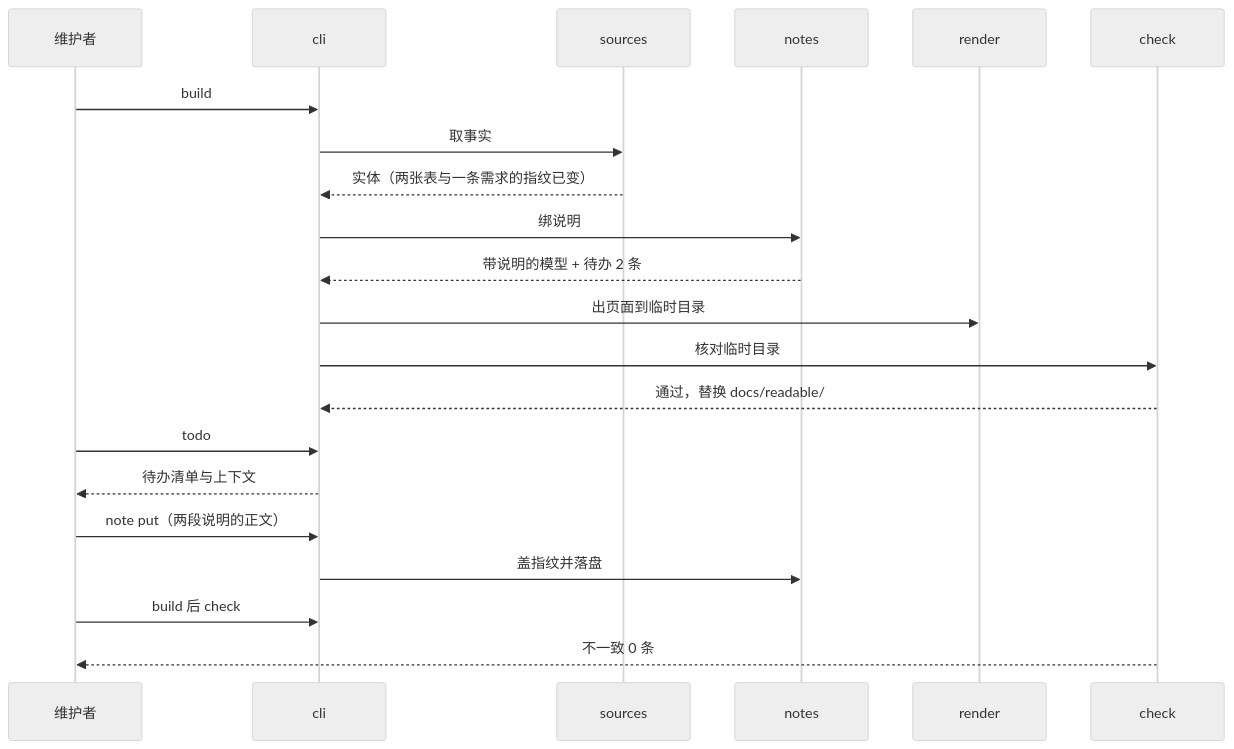
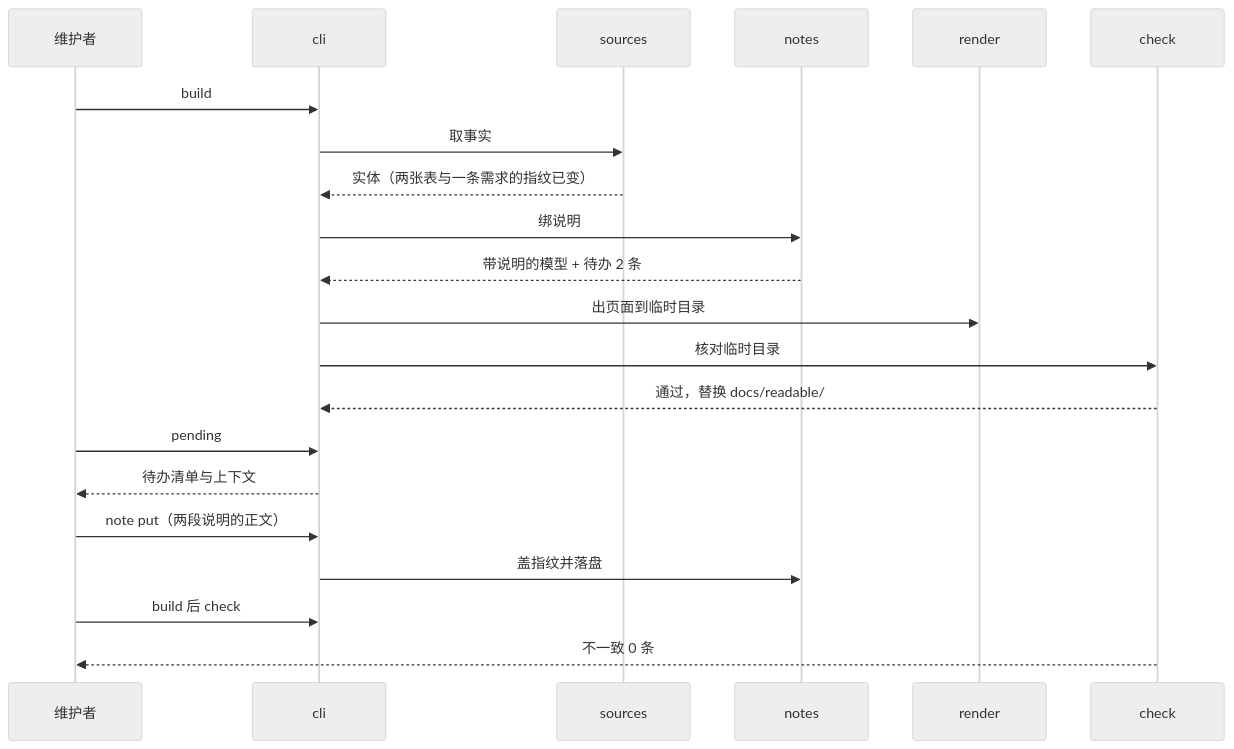
One commit to zylimit/cc-base changed the third of 3 diagrams in docs/readable-spec/Architecture-Design.md. Above: the diagram before and after it, drawn with Mermaid (neutral theme). The commit also changed other lines of this file and 16 other files, not shown here.

````diff
--- a/docs/readable-spec/Architecture-Design.md
+++ b/docs/readable-spec/Architecture-Design.md
@@ -100,23 +100,23 @@
 ```mermaid
 sequenceDiagram
   participant M as 维护者
   participant C as cli
   participant S as sources
   participant N as notes
   participant R as render
   participant K as check
   M->>C: build
   C->>S: 取事实
   S-->>C: 实体（两张表与一条需求的指纹已变）
   C->>N: 绑说明
   N-->>C: 带说明的模型 + 待办 2 条
   C->>R: 出页面到临时目录
   C->>K: 核对临时目录
   K-->>C: 通过，替换 docs/readable/
-  M->>C: todo
+  M->>C: pending
   C-->>M: 待办清单与上下文
   M->>C: note put（两段说明的正文）
   C->>N: 盖指纹并落盘
   M->>C: build 后 check
   K-->>M: 不一致 0 条
 ```
````
